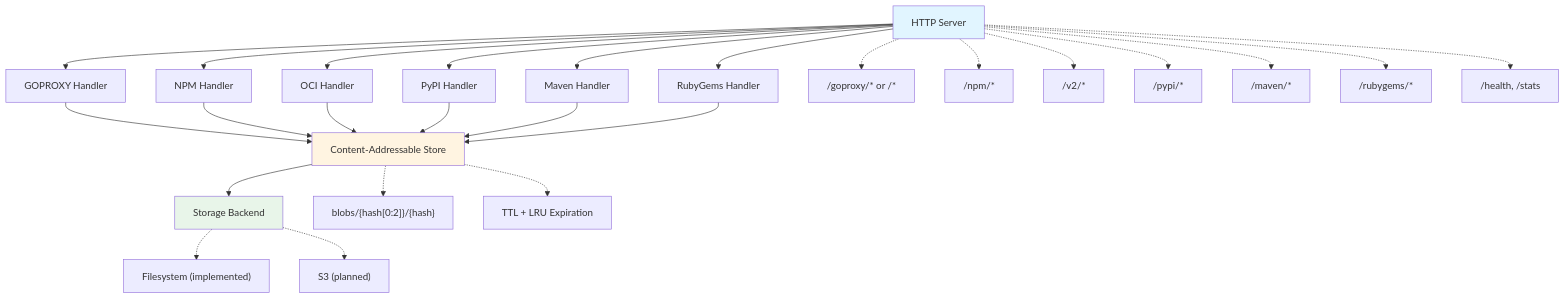
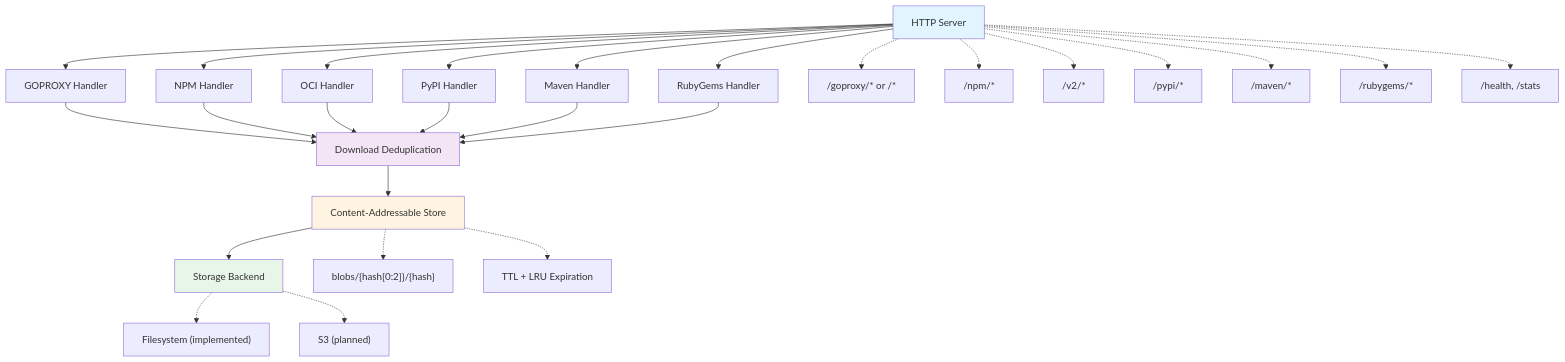
Before and after one commit to wolfeidau/content-cache: the diagram in README.md, drawn with Mermaid. The commit also changed other lines of this file and 1 other file, not shown here.

Commit message:
docs: document singleflight download deduplication in README and CLAUDE.md
- Add download/ package to project structure and golang.org/x/sync to dependencies
- Document concurrent request coalescing in README features and solution sections
- Update architecture diagram to show download deduplication layer

````diff
--- a/README.md
+++ b/README.md
@@ -125,36 +127,39 @@
 ```mermaid
 graph TD
     A[HTTP Server] --> B[GOPROXY Handler]
     A --> C[NPM Handler]
     A --> D[OCI Handler]
     A --> G[PyPI Handler]
     A --> H[Maven Handler]
     A --> I[RubyGems Handler]
 
-    B --> E[Content-Addressable Store]
-    C --> E
-    D --> E
-    G --> E
-    H --> E
-    I --> E
+    B --> DL[Download Deduplication]
+    C --> DL
+    D --> DL
+    G --> DL
+    H --> DL
+    I --> DL
+
+    DL --> E[Content-Addressable Store]
 
     E --> F[Storage Backend]
 
     A -.-> A1["/goproxy/* or /*"]
     A -.-> A2["/npm/*"]
     A -.-> A3["/v2/*"]
     A -.-> A4["/pypi/*"]
     A -.-> A5["/maven/*"]
     A -.-> A6["/rubygems/*"]
     A -.-> A7["/health, /stats"]
 
     E -.-> E1["blobs/{hash[0:2]}/{hash}"]
     E -.-> E2["TTL + LRU Expiration"]
 
     F -.-> F1["Filesystem (implemented)"]
     F -.-> F2["S3 (planned)"]
 
     style A fill:#e1f5ff
+    style DL fill:#f3e5f5
     style E fill:#fff4e1
     style F fill:#e8f5e9
 ```
````
